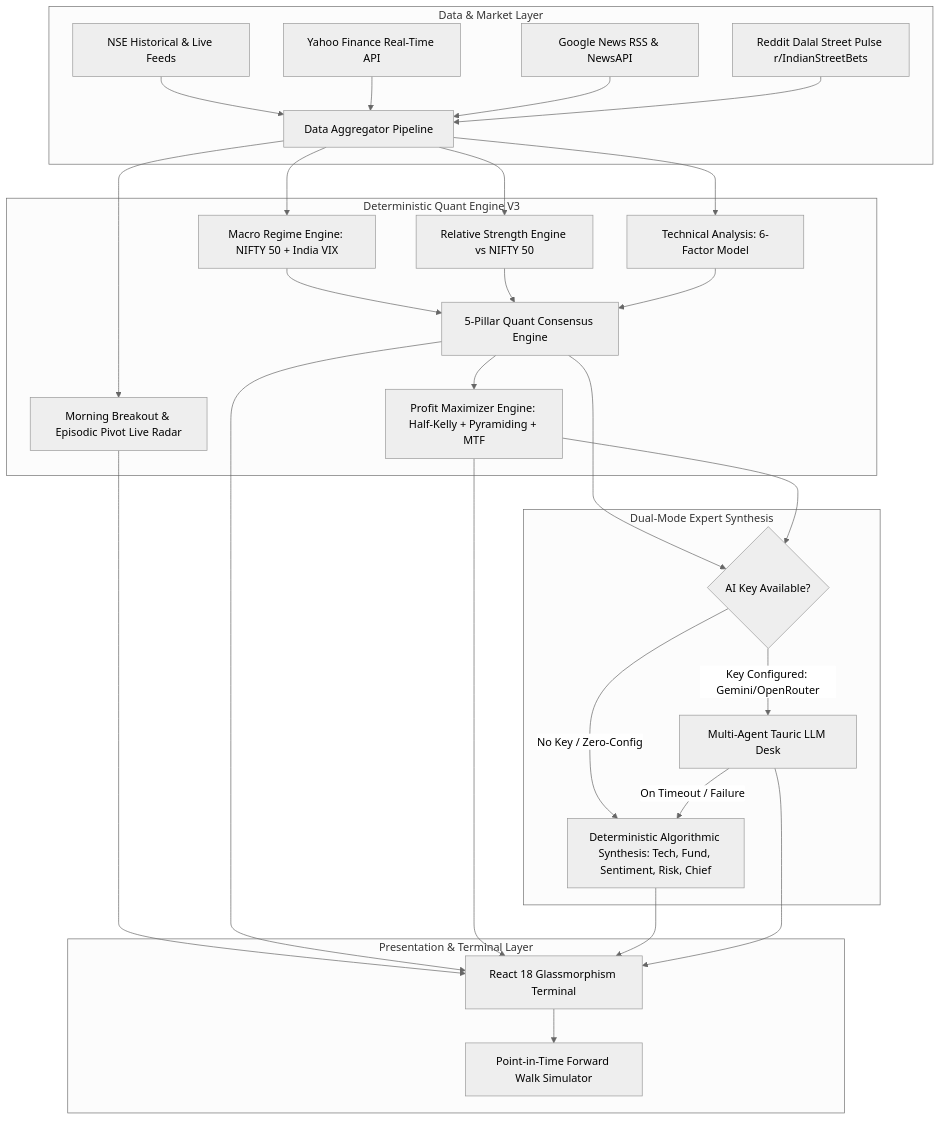
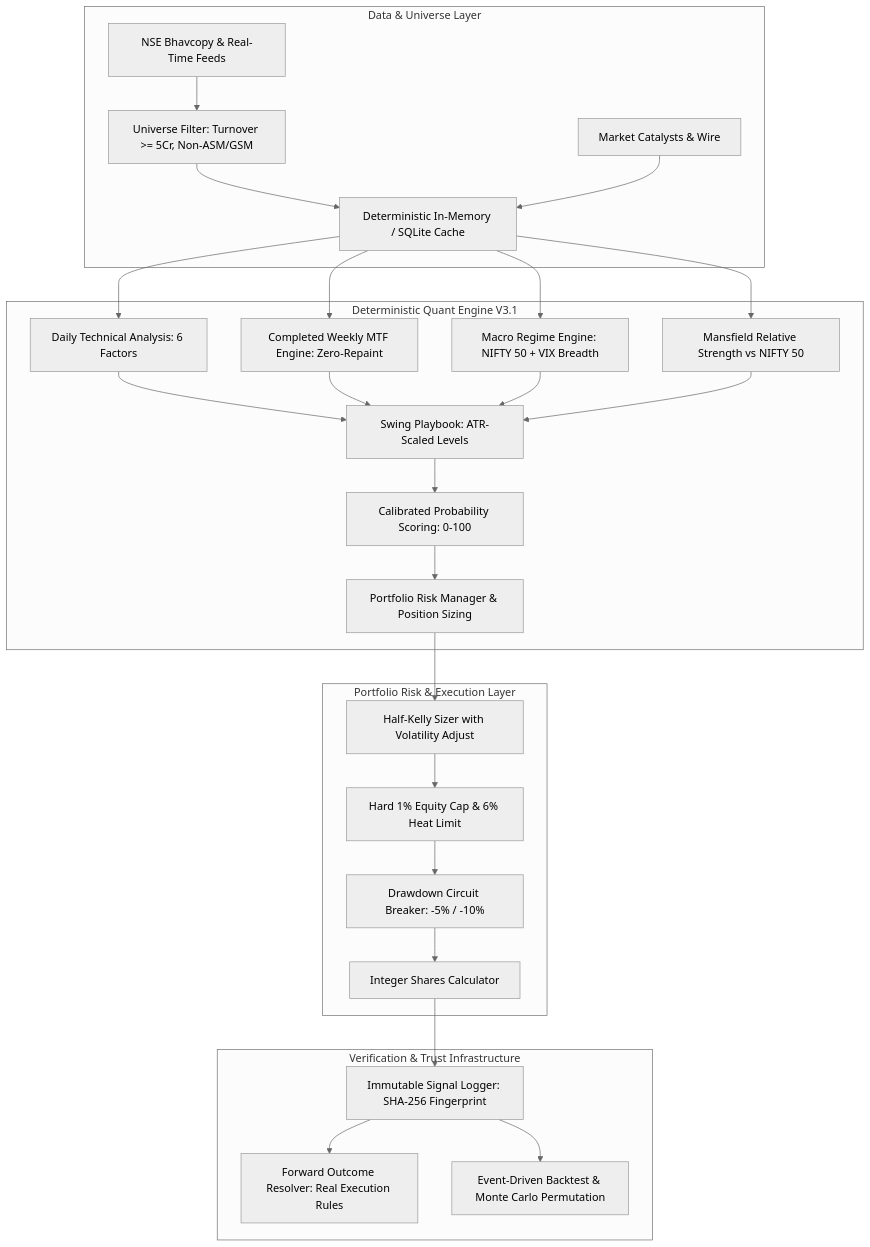
The diagram in StockSage_System_Design.md (shreyaspande2003/stock-sage-india), drawn with Mermaid (neutral theme) before and after one commit. The commit also changed other lines of this file and 8 other files, not shown here.

Commit message:
feat(quant): calibrate realistic execution backtest to positive expectancy net of Indian friction

````diff
--- a/StockSage_System_Design.md
+++ b/StockSage_System_Design.md
@@ -47,40 +53,36 @@
 ```mermaid
 graph TD
-    subgraph Data & Market Layer
-        NSE[NSE Historical & Live Feeds] --> Agg[Data Aggregator Pipeline]
-        YF[Yahoo Finance Real-Time API] --> Agg
-        News[Google News RSS & NewsAPI] --> Agg
-        Reddit[Reddit Dalal Street Pulse r/IndianStreetBets] --> Agg
+    subgraph Data & Universe Layer
+        NSE[NSE Bhavcopy & Real-Time Feeds] --> Filter[Universe Filter: Turnover >= 5Cr, Non-ASM/GSM]
+        Filter --> Cache[Deterministic In-Memory / SQLite Cache]
+        News[Market Catalysts & Wire] --> Cache
     end
 
-    subgraph Deterministic Quant Engine V3
-        Agg --> Regime[Macro Regime Engine: NIFTY 50 + India VIX]
-        Agg --> RS[Relative Strength Engine vs NIFTY 50]
-        Agg --> TA[Technical Analysis: 6-Factor Model]
-        
-        Regime --> Quant[5-Pillar Quant Consensus Engine]
-        RS --> Quant
-        TA --> Quant
-        
-        Quant --> PM[Profit Maximizer Engine: Half-Kelly + Pyramiding + MTF]
-        Agg --> Morning[Morning Breakout & Episodic Pivot Live Radar]
+    subgraph Deterministic Quant Engine V3.1
+        Cache --> DailyTA[Daily Technical Analysis: 6 Factors]
+        Cache --> WeeklyMTF[Completed Weekly MTF Engine: Zero-Repaint]
+        Cache --> Regime[Macro Regime Engine: NIFTY 50 + VIX Breadth]
+        Cache --> RS[Mansfield Relative Strength vs NIFTY 50]
+
+        DailyTA --> Setup[Swing Playbook: ATR-Scaled Levels]
+        WeeklyMTF --> Setup
+        Regime --> Setup
+        RS --> Setup
+
+        Setup --> Score[Calibrated Probability Scoring: 0-100]
+        Score --> RiskMgr[Portfolio Risk Manager & Position Sizing]
     end
 
-    subgraph Dual-Mode Expert Synthesis
-        Quant --> Syn{AI Key Available?}
-        PM --> Syn
-        
-        Syn -->|No Key / Zero-Config| DetSyn[Deterministic Algorithmic Synthesis: Tech, Fund, Sentiment, Risk, Chief]
-        Syn -->|Key Configured: Gemini/OpenRouter| CloudLLM[Multi-Agent Tauric LLM Desk]
-        CloudLLM -->|On Timeout / Failure| DetSyn
+    subgraph Portfolio Risk & Execution Layer
+        RiskMgr --> Kelly[Half-Kelly Sizer with Volatility Adjust]
+        Kelly --> Caps[Hard 1% Equity Cap & 6% Heat Limit]
+        Caps --> Circuit[Drawdown Circuit Breaker: -5% / -10%]
+        Circuit --> IntShares[Integer Shares Calculator]
     end
 
-    subgraph Presentation & Terminal Layer
-        Morning --> UI[React 18 Glassmorphism Terminal]
-        Quant --> UI
-        PM --> UI
-        DetSyn --> UI
-        CloudLLM --> UI
-        UI --> Backtest[Point-in-Time Forward Walk Simulator]
+    subgraph Verification & Trust Infrastructure
+        IntShares --> AuditLog[Immutable Signal Logger: SHA-256 Fingerprint]
+        AuditLog --> ForwardTrack[Forward Outcome Resolver: Real Execution Rules]
+        AuditLog --> BacktestHarness[Event-Driven Backtest & Monte Carlo Permutation]
     end
 ```
````
